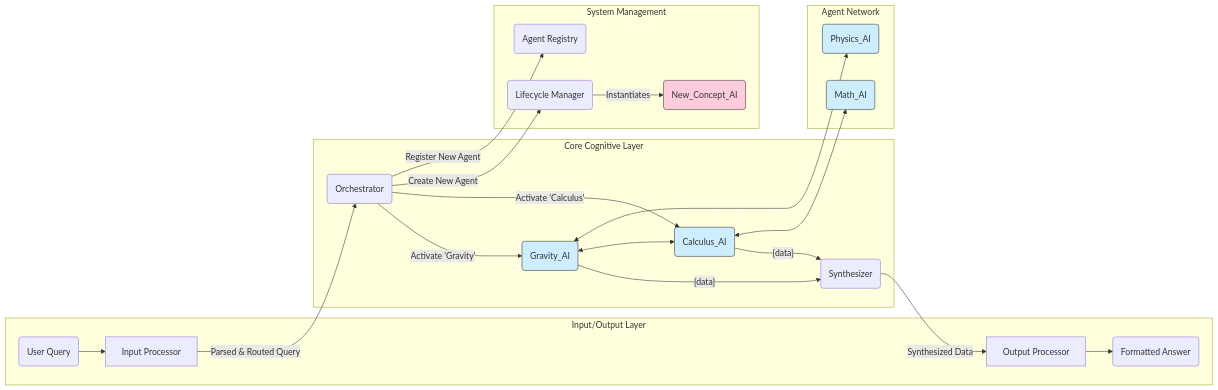
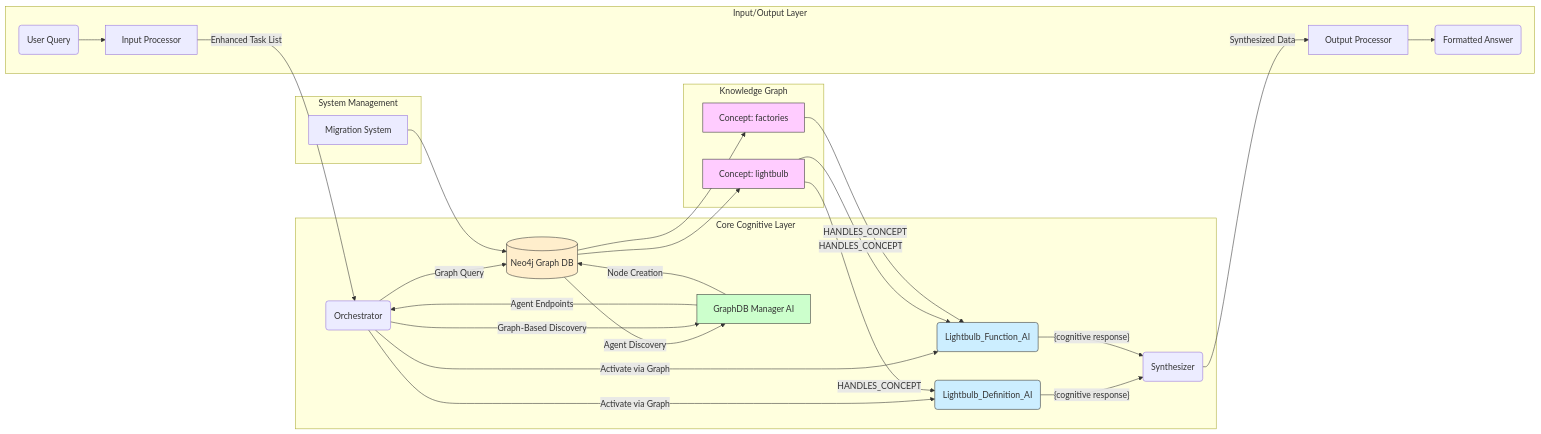
The diagram in doc/ARCHITECTURE.md (Pyramid-Systems-Inc/Myriad-Mind), drawn with Mermaid before and after one commit. The commit also changed other lines of this file and 3 other files, not shown here.

First line of the commit message:
Update documentation and system status to reflect completion of graph-based architecture and enhanced processing capabilities

````diff
--- a/doc/ARCHITECTURE.md
+++ b/doc/ARCHITECTURE.md
@@ -43,34 +81,40 @@
 ```mermaid
 graph LR
     subgraph Input/Output Layer
         UserInput(User Query) --> IP[Input Processor];
         OP[Output Processor] --> FinalAnswer(Formatted Answer);
     end
 
     subgraph Core Cognitive Layer
-        IP -- Parsed & Routed Query --> O(Orchestrator);
-        O -- "Activate 'Gravity'" --> A1(Gravity_AI);
-        O -- "Activate 'Calculus'" --> A2(Calculus_AI);
-        A1 -- {data} --> S(Synthesizer);
-        A2 -- {data} --> S;
+        IP -- Enhanced Task List --> O(Orchestrator);
+        O -- Graph Query --> GDB[(Neo4j Graph DB)];
+        GDB -- Agent Discovery --> GDM[GraphDB Manager AI];
+        GDM -- Agent Endpoints --> O;
+        O -- "Activate via Graph" --> A1(Lightbulb_Definition_AI);
+        O -- "Activate via Graph" --> A2(Lightbulb_Function_AI);
+        A1 -- {cognitive response} --> S(Synthesizer);
+        A2 -- {cognitive response} --> S;
         S -- Synthesized Data --> OP;
     end
 
-    subgraph Agent Network
-        A1 <--> A2;
-        A1 <--> A3(Physics_AI);
-        A2 <--> A4(Math_AI);
+    subgraph Knowledge Graph
+        GDB --> CN1[Concept: lightbulb];
+        GDB --> CN2[Concept: factories];
+        CN1 -- HANDLES_CONCEPT --> A1;
+        CN1 -- HANDLES_CONCEPT --> A2;
+        CN2 -- HANDLES_CONCEPT --> A2;
     end
 
     subgraph System Management
-        O -- "Create New Agent" --> LM(Lifecycle Manager);
-        LM -- Instantiates --> A_new(New_Concept_AI);
-        O -- "Register New Agent" --> R(Agent Registry);
+        O -- "Graph-Based Discovery" --> GDM;
+        GDM -- "Node Creation" --> GDB;
+        Migration[Migration System] --> GDB;
     end
 
     style A1 fill:#cceeff,stroke:#333
     style A2 fill:#cceeff,stroke:#333
-    style A3 fill:#cceeff,stroke:#333
-    style A4 fill:#cceeff,stroke:#333
-    style A_new fill:#ffccdd,stroke:#333
+    style GDB fill:#ffeecc,stroke:#333
+    style GDM fill:#ccffcc,stroke:#333
+    style CN1 fill:#ffccff,stroke:#333
+    style CN2 fill:#ffccff,stroke:#333
 ```
````
